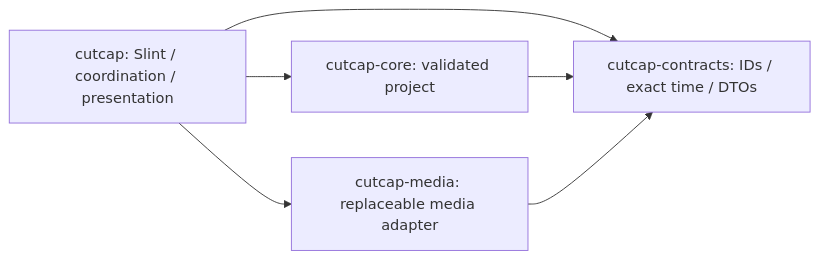
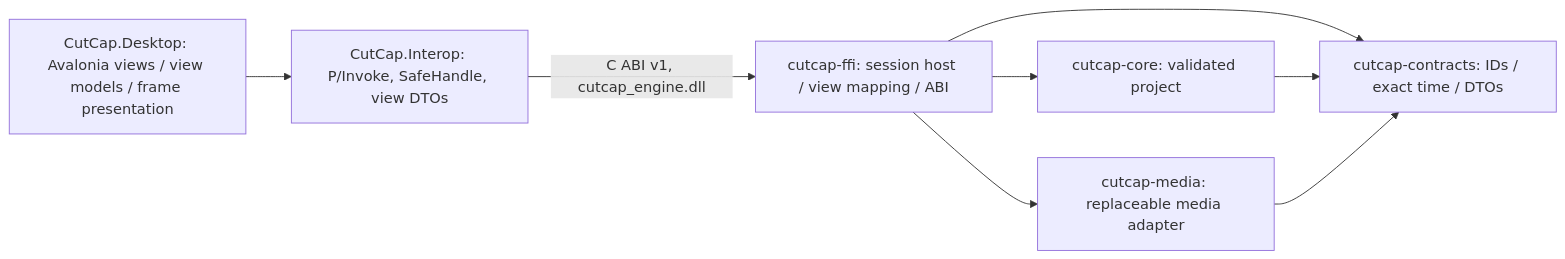
Before and after one commit to ayzeeyan/cutcap: the diagram in docs/ARCHITECTURE.md, drawn with Mermaid. The commit also changed other lines of this file and 168 other files, not shown here.

First line of the commit message:
Migrate the CutCap frontend from Slint to Avalonia over a Rust C ABI

````diff
--- a/docs/ARCHITECTURE.md
+++ b/docs/ARCHITECTURE.md
@@ -5,8 +7,10 @@
 ```mermaid
 flowchart LR
-  App[cutcap: Slint / coordination / presentation] --> Core[cutcap-core: validated project]
-  App --> Media[cutcap-media: replaceable media adapter]
-  App --> Contracts[cutcap-contracts: IDs / exact time / DTOs]
+  Desktop[CutCap.Desktop: Avalonia views / view models / frame presentation] --> Interop[CutCap.Interop: P/Invoke, SafeHandle, view DTOs]
+  Interop -- C ABI v1, cutcap_engine.dll --> Ffi[cutcap-ffi: session host / view mapping / ABI]
+  Ffi --> Core[cutcap-core: validated project]
+  Ffi --> Media[cutcap-media: replaceable media adapter]
+  Ffi --> Contracts[cutcap-contracts: IDs / exact time / DTOs]
   Core --> Contracts
   Media --> Contracts
 ```
````
